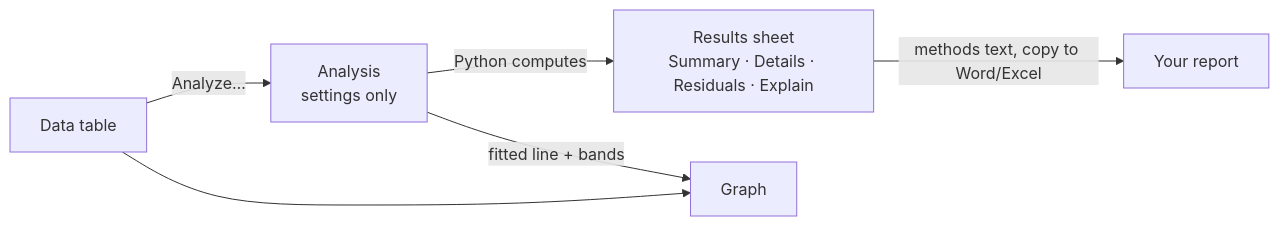
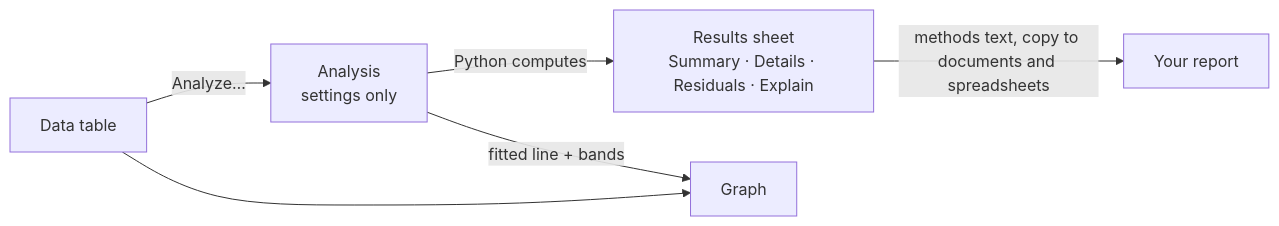
One commit to Edgar-Mendonca/Datum-Plot changed the diagram in docs/PLAN-0.2.0.md. Above: the diagram before and after it, drawn with Mermaid. The commit also changed other lines of this file and 4 other files, not shown here.

````diff
--- a/docs/PLAN-0.2.0.md
+++ b/docs/PLAN-0.2.0.md
@@ -19,8 +19,8 @@
 ```mermaid
 flowchart LR
   T[Data table] -->|Analyze…| A[Analysis<br/>settings only]
   A -->|Python computes| R[Results sheet<br/>Summary · Details · Residuals · Explain]
   A -->|fitted line + bands| G[Graph]
   T --> G
-  R -->|methods text, copy to Word/Excel| P[Your report]
+  R -->|methods text, copy to documents and spreadsheets| P[Your report]
 ```
````
